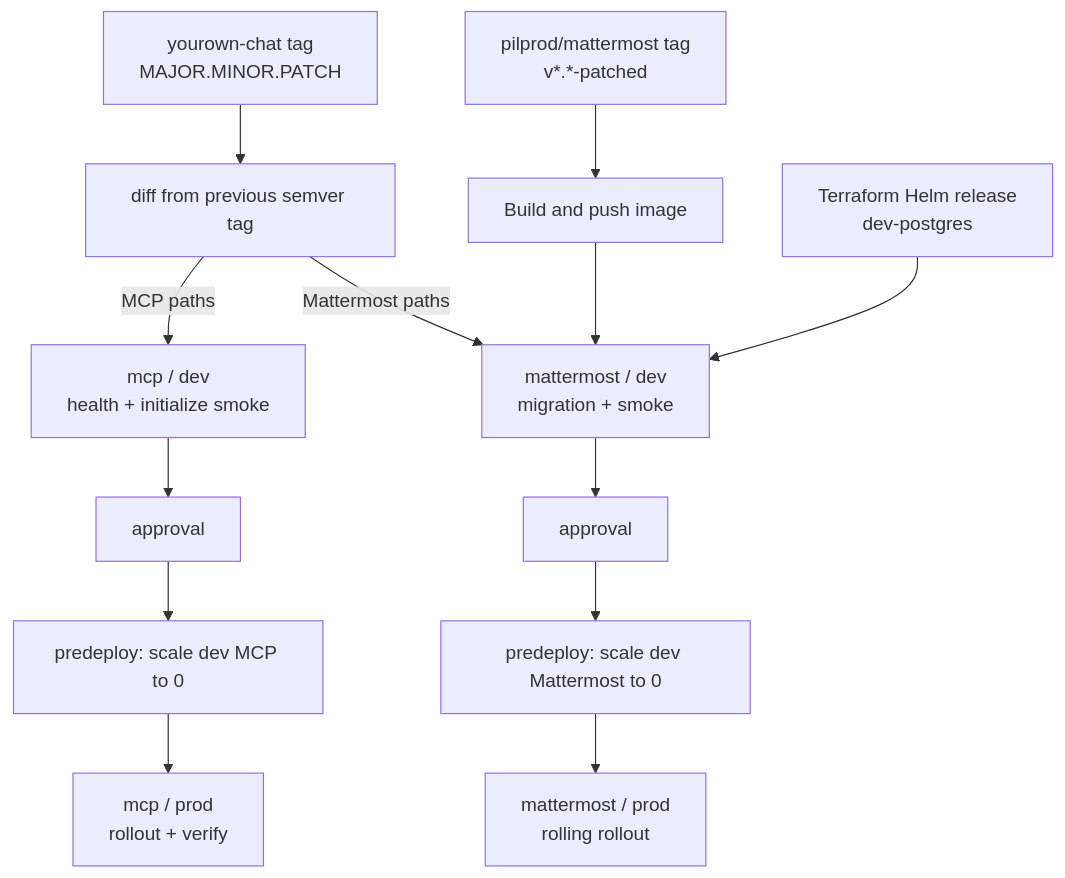
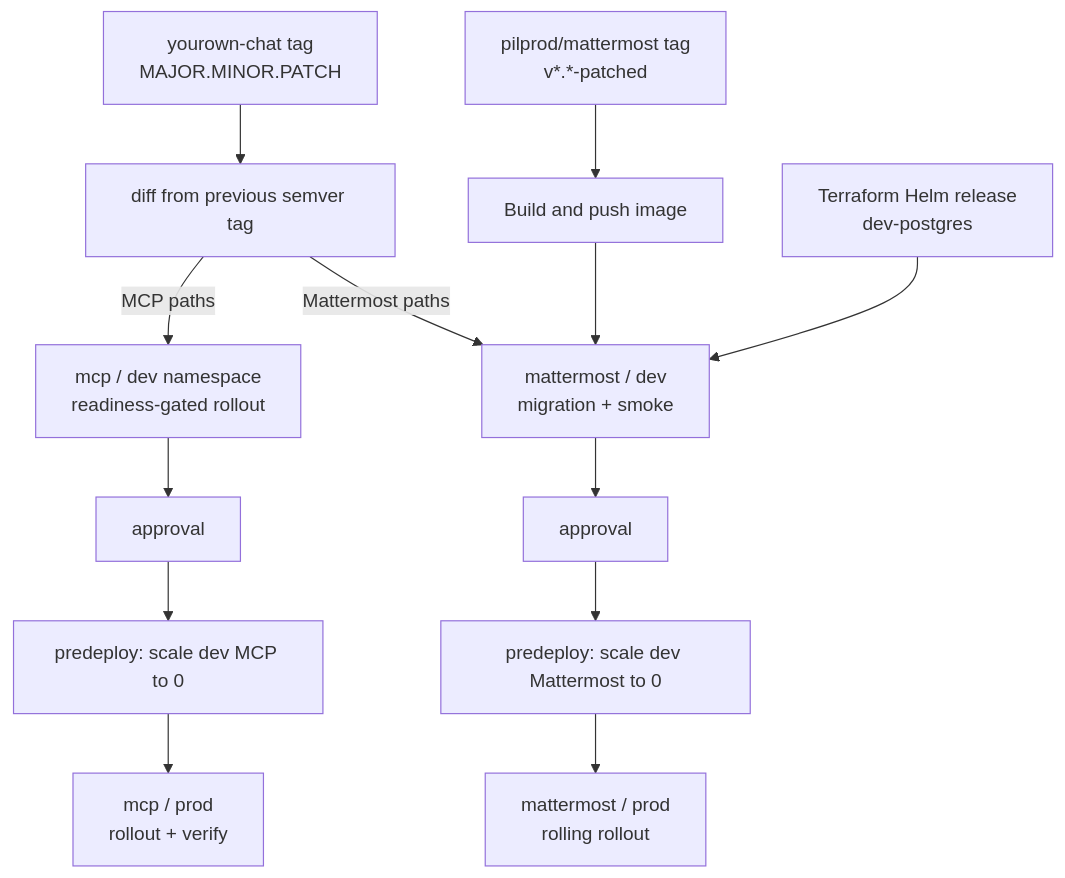
One commit to pilprod/yourown-chat changed the diagram in docs/DEPLOY.md. Above: the diagram before and after it, drawn with Mermaid. The commit also changed other lines of this file and 19 other files, not shown here.

Commit message:
feat(mcp): enhance dev environment with shared namespace and improved service accounts

````diff
--- a/docs/DEPLOY.md
+++ b/docs/DEPLOY.md
@@ -9,17 +9,17 @@
 ```mermaid
 flowchart TD
   MT["pilprod/mattermost tag<br/>v*.*-patched"] --> BUILD["Build and push image"]
   BUILD --> MMTEST["mattermost / dev<br/>migration + smoke"]
   MMTEST --> MMAPPROVE["approval"]
   MMAPPROVE --> MMCLEAN["predeploy: scale dev Mattermost to 0"]
   MMCLEAN --> MMPROD["mattermost / prod<br/>rolling rollout"]
 
   PT["yourown-chat tag<br/>MAJOR.MINOR.PATCH"] --> DIFF["diff from previous semver tag"]
   DIFF -->|"Mattermost paths"| MMTEST
-  DIFF -->|"MCP paths"| MCPDEV["mcp / dev<br/>health + initialize smoke"]
+  DIFF -->|"MCP paths"| MCPDEV["mcp / dev namespace<br/>readiness-gated rollout"]
   MCPDEV --> MCPAPPROVE["approval"]
   MCPAPPROVE --> MCPCLEAN["predeploy: scale dev MCP to 0"]
   MCPCLEAN --> MCPPROD["mcp / prod<br/>rollout + verify"]
 
   PG["Terraform Helm release<br/>dev-postgres"] --> MMTEST
 ```
````
